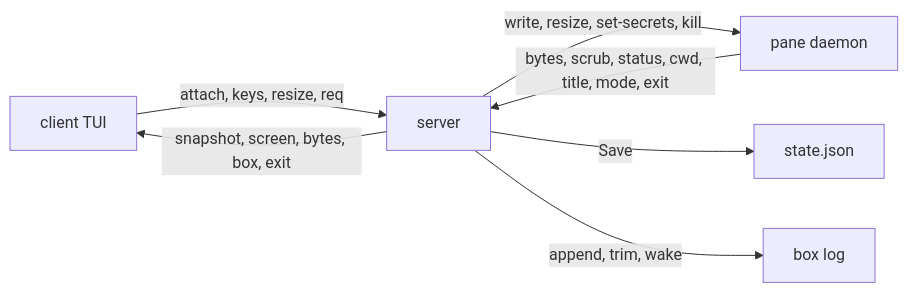
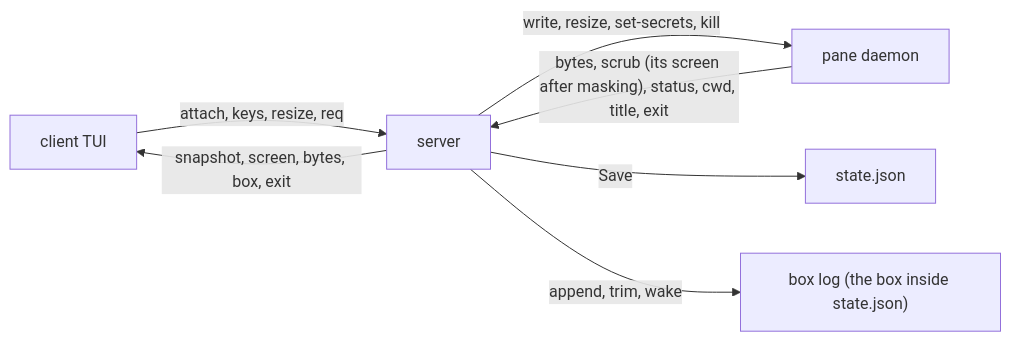
Before and after one commit to ladydascalie/dm: the diagram in docs/internals/04-server.md, drawn with Mermaid. The commit also changed other lines of this file and 13 other files, not shown here.

````diff
--- a/docs/internals/04-server.md
+++ b/docs/internals/04-server.md
@@ -57,9 +73,9 @@
 ```mermaid
 flowchart LR
     C["client TUI"] -->|"attach, keys, resize, req"| S["server"]
     S -->|"snapshot, screen, bytes, box, exit"| C
     S -->|"write, resize, set-secrets, kill"| P["pane daemon"]
-    P -->|"bytes, scrub, status, cwd, title, mode, exit"| S
+    P -->|"bytes, scrub (its screen after masking), status, cwd, title, exit"| S
     S -->|"Save"| ST["state.json"]
-    S -->|"append, trim, wake"| B["box log"]
+    S -->|"append, trim, wake"| B["box log (the box inside state.json)"]
 ```
````
